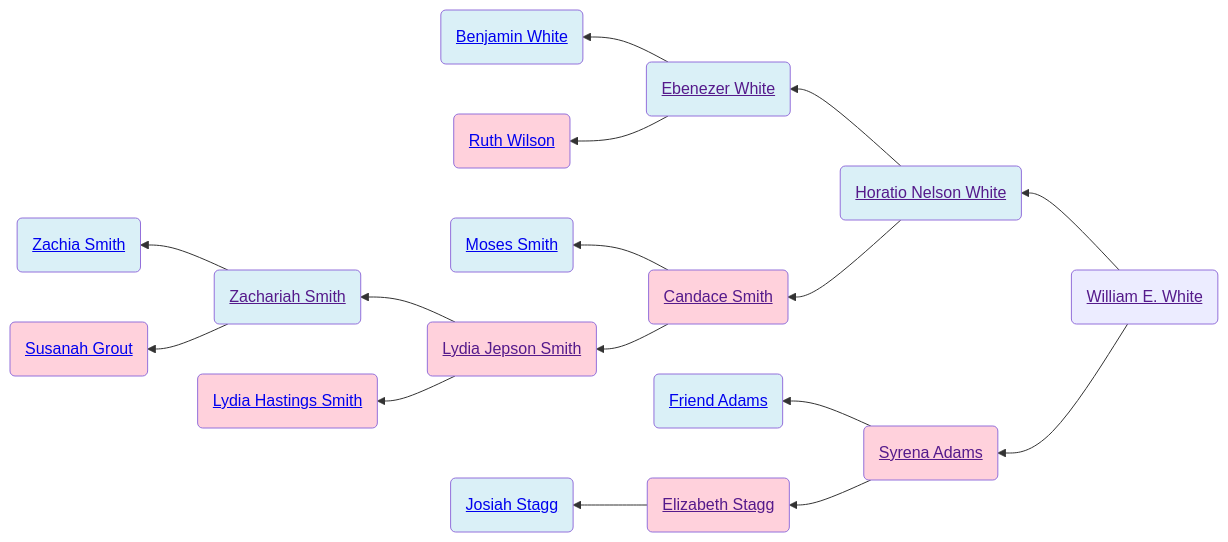
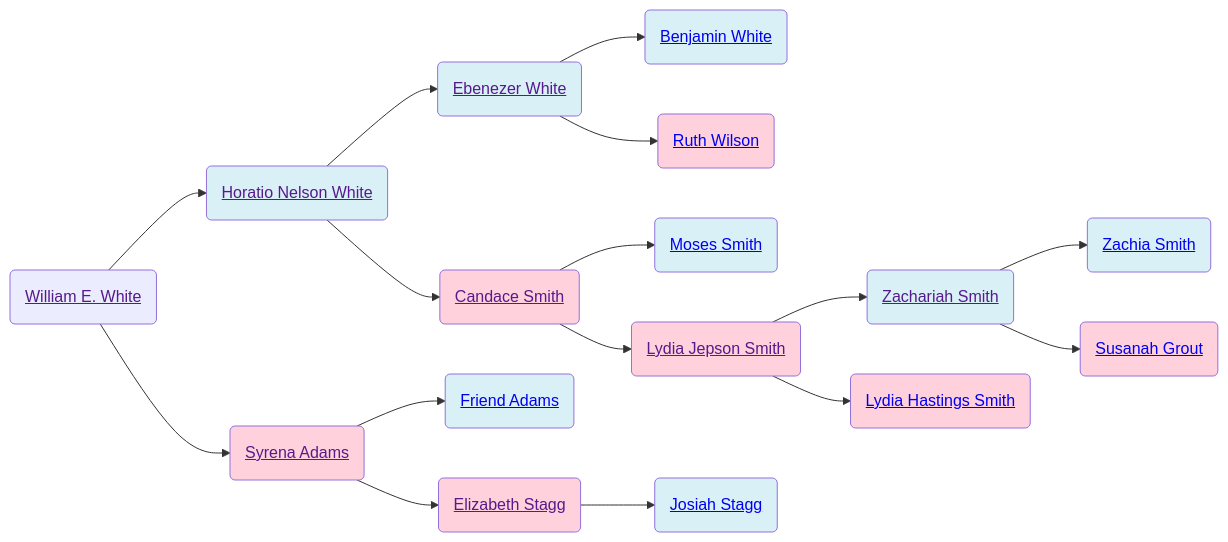
The first of 2 diagrams in familyhistory/sources/people/Merrill-line/White-line/William_E._White.qmd (neelsmith/avocational), drawn with Mermaid before and after one commit. The commit also changed 66 other files, not shown here.

````diff
--- a/familyhistory/sources/people/Merrill-line/White-line/William_E._White.qmd
+++ b/familyhistory/sources/people/Merrill-line/White-line/William_E._White.qmd
@@ -26,37 +26,37 @@
 ```{mermaid}
-graph RL
+graph LR
 William_E._White(<a href=''>William E. White</>) -->  Horatio_Nelson_White(<a href='./Horatio_Nelson_White.html'>Horatio Nelson White</>)
 Horatio_Nelson_White(<a href=''>Horatio Nelson White</>) -->  Ebenezer_White(<a href='./Ebenezer_White.html'>Ebenezer White</>)
 Ebenezer_White(<a href=''>Ebenezer White</>) -->  Benjamin_White(<a href='./Benjamin_White.html'>Benjamin White</>)
 class Benjamin_White father
 Ebenezer_White(<a href=''>Ebenezer White</>)  --> Ruth_Wilson(<a href='./Wilson-line/Ruth_Wilson.html'>Ruth Wilson</>)
 class Ruth_Wilson mother
 class Ebenezer_White father
 Horatio_Nelson_White(<a href=''>Horatio Nelson White</>)  --> Candace_Smith(<a href='./Candace-Smith-line/Candace_Smith.html'>Candace Smith</>)
 Candace_Smith(<a href=''>Candace Smith</>) -->  Moses_Smith(<a href='./../../../Moses_Smith_connections/Moses_Smith.html'>Moses Smith</>)
 class Moses_Smith father
 Candace_Smith(<a href=''>Candace Smith</>)  --> Lydia_Jepson_Smith(<a href='./Lydia_Jepson_Smith.html'>Lydia Jepson Smith</>)
 Lydia_Jepson_Smith(<a href=''>Lydia Jepson Smith</>) -->  Zachariah_Smith(<a href='./Zachariah_Smith.html'>Zachariah Smith</>)
 Zachariah_Smith(<a href=''>Zachariah Smith</>) -->  Zachia_Smith(<a href='./../../Zachia_Smith.html'>Zachia Smith</>)
 class Zachia_Smith father
 Zachariah_Smith(<a href=''>Zachariah Smith</>)  --> Susanah_Grout(<a href='./../../Susanah_Grout.html'>Susanah Grout</>)
 class Susanah_Grout mother
 class Zachariah_Smith father
 Lydia_Jepson_Smith(<a href=''>Lydia Jepson Smith</>)  --> Lydia_Hastings_Smith(<a href='./Lydia_Hastings_Smith.html'>Lydia Hastings Smith</>)
 class Lydia_Hastings_Smith mother
 class Lydia_Jepson_Smith mother
 class Candace_Smith mother
 class Horatio_Nelson_White father
 William_E._White(<a href=''>William E. White</>)  --> Syrena_Adams(<a href='./Syrena_Adams.html'>Syrena Adams</>)
 Syrena_Adams(<a href=''>Syrena Adams</>) -->  Friend_Adams(<a href='./Friend_Adams.html'>Friend Adams</>)
 class Friend_Adams father
 Syrena_Adams(<a href=''>Syrena Adams</>)  --> Elizabeth_Stagg(<a href='./Elizabeth_Stagg.html'>Elizabeth Stagg</>)
 Elizabeth_Stagg(<a href=''>Elizabeth Stagg</>) -->  Josiah_Stagg(<a href='./Josiah_Stagg.html'>Josiah Stagg</>)
 class Josiah_Stagg father
 class Elizabeth_Stagg mother
 class Syrena_Adams mother
 classDef mother fill:#ffd1dc
 classDef father fill:#daf0f7  
 classDef marriage fill:#ffffff
 
 ```
````
